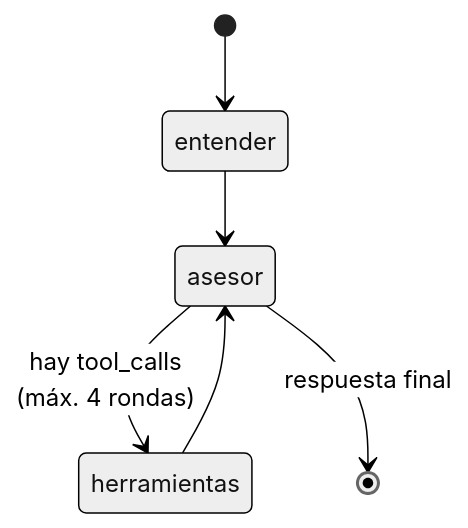
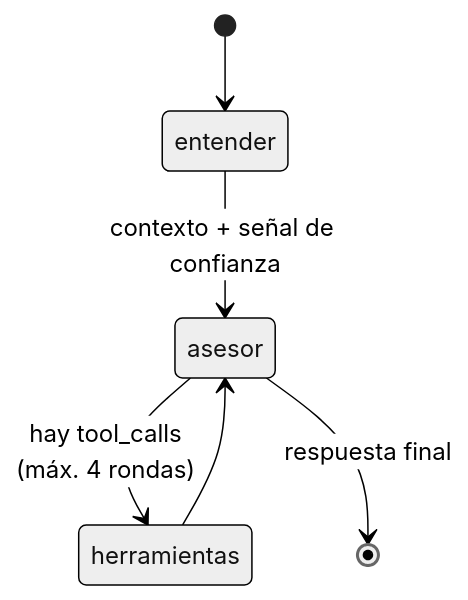
Before and after one commit to NebyX1/invest-lavalleja-rag-chat: the sixth of 7 diagrams in Arquitectura.md, drawn with Mermaid (neutral theme). The commit also changed other lines of this file and 9 other files, not shown here.

````diff
--- a/Arquitectura.md
+++ b/Arquitectura.md
@@ -132,8 +163,8 @@
 ```mermaid
 stateDiagram-v2
     [*] --> entender
-    entender --> asesor
+    entender --> asesor: contexto + señal de confianza
     asesor --> herramientas: hay tool_calls<br/>(máx. 4 rondas)
     herramientas --> asesor
     asesor --> [*]: respuesta final
 ```
````
